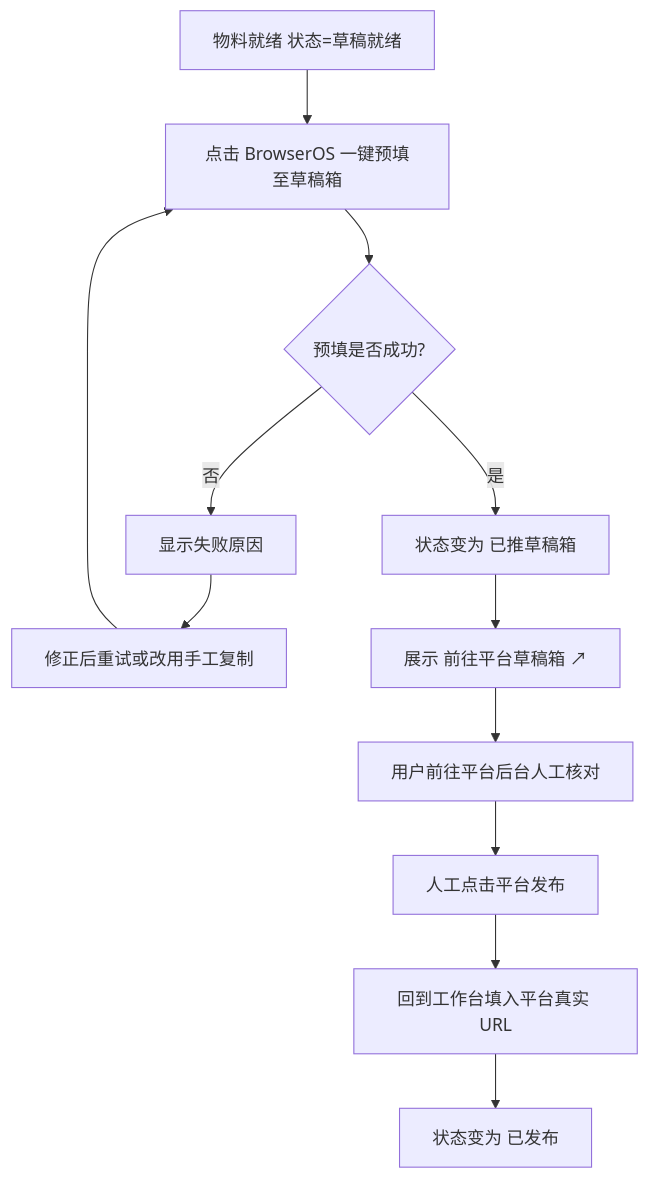
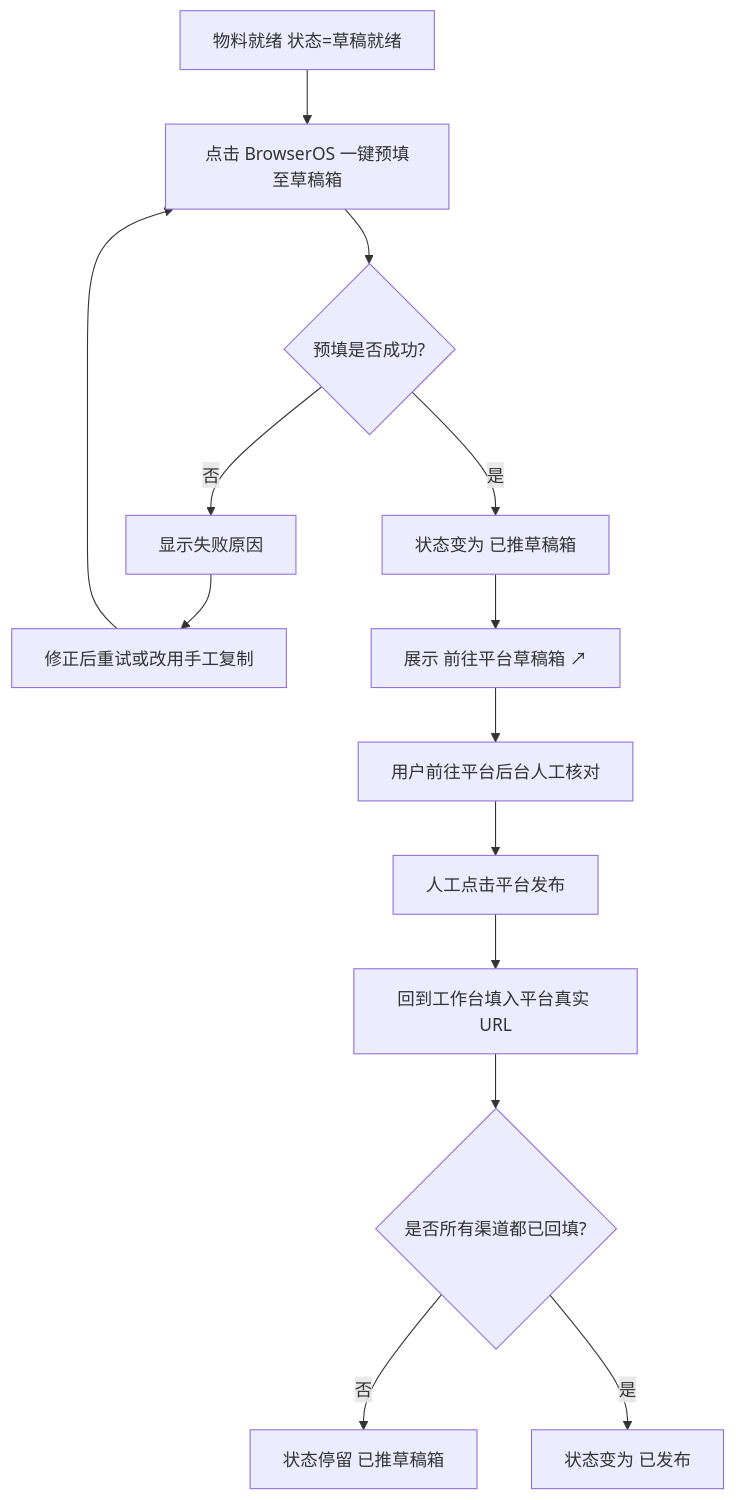
The fifth of 6 diagrams in .context/domain/user_journeys.md (InJoysAI/dsh-growth-studio), drawn with Mermaid before and after one commit. The commit also changed other lines of this file and 6 other files, not shown here.

````diff
--- a/.context/domain/user_journeys.md
+++ b/.context/domain/user_journeys.md
@@ -130,14 +148,16 @@
 ```mermaid
 graph TD
     A[物料就绪 状态=草稿就绪] --> B[点击 BrowserOS 一键预填至草稿箱]
     B --> C{预填是否成功?}
     C -- 否 --> D[显示失败原因]
     D --> E[修正后重试或改用手工复制]
     E --> B
     C -- 是 --> F[状态变为 已推草稿箱]
     F --> G[展示 前往平台草稿箱 ↗]
     G --> H[用户前往平台后台人工核对]
     H --> I[人工点击平台发布]
     I --> J[回到工作台填入平台真实 URL]
-    J --> K[状态变为 已发布]
+    J --> K{是否所有渠道都已回填?}
+    K -- 否 --> L[状态停留 已推草稿箱]
+    K -- 是 --> M[状态变为 已发布]
 ```
````
